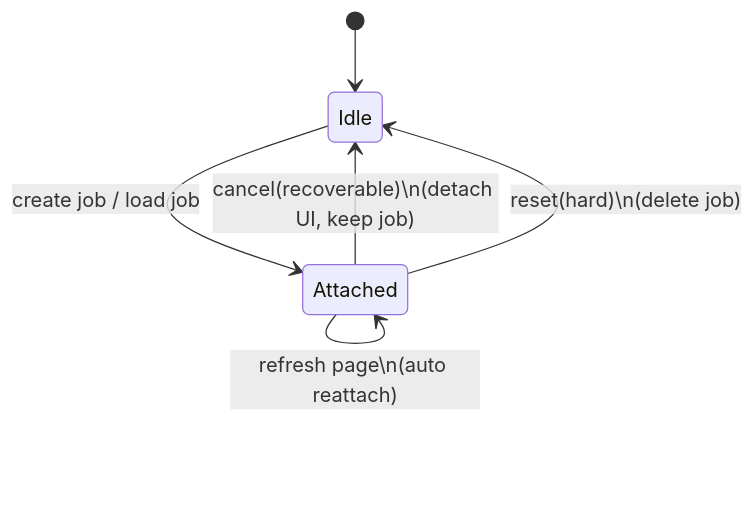
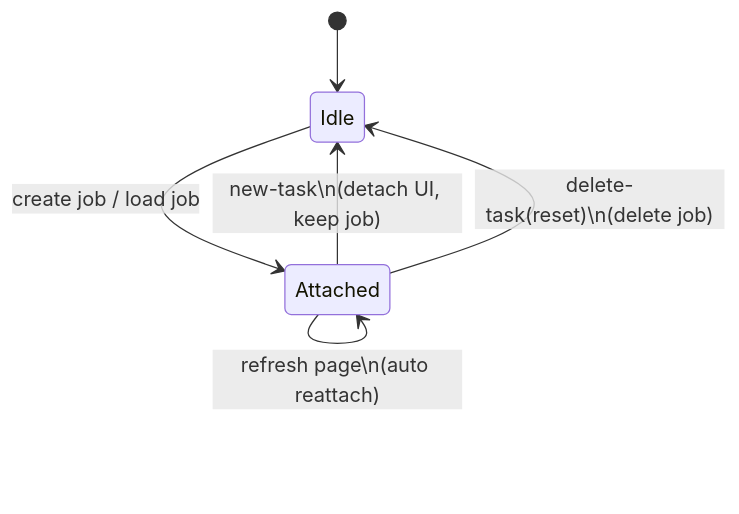
Before and after one commit to zhu-jl18/novel-proofer: the third of 3 diagrams in docs/WORKFLOW_V2.md, drawn with Mermaid. The commit also changed other lines of this file and 5 other files, not shown here.

````diff
--- a/docs/WORKFLOW_V2.md
+++ b/docs/WORKFLOW_V2.md
@@ -59,8 +59,8 @@
 ```mermaid
 stateDiagram-v2
   [*] --> Idle
   Idle --> Attached : create job / load job
-  Attached --> Idle : cancel(recoverable)\n(detach UI, keep job)
-  Attached --> Idle : reset(hard)\n(delete job)
+  Attached --> Idle : new-task\n(detach UI, keep job)
+  Attached --> Idle : delete-task(reset)\n(delete job)
   Attached --> Attached : refresh page\n(auto reattach)
 ```
````
